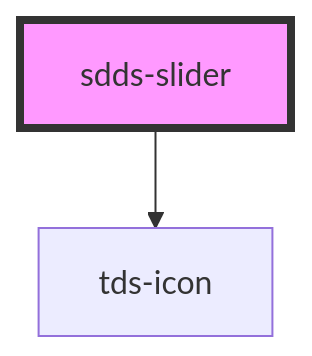
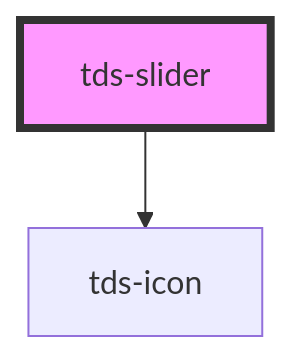
One commit to scania-digital-design-system/tegel changed the diagram in core/src/components/slider/readme.md. Above: the diagram before and after it, drawn with Mermaid. The commit also changed other lines of this file and 6 other files, not shown here.

````diff
--- a/core/src/components/slider/readme.md
+++ b/core/src/components/slider/readme.md
@@ -57,5 +57,5 @@
 ```mermaid
 graph TD;
-  sdds-slider --> tds-icon
-  style sdds-slider fill:#f9f,stroke:#333,stroke-width:4px
+  tds-slider --> tds-icon
+  style tds-slider fill:#f9f,stroke:#333,stroke-width:4px
 ```
````
